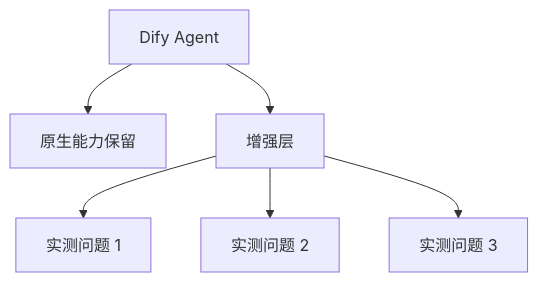
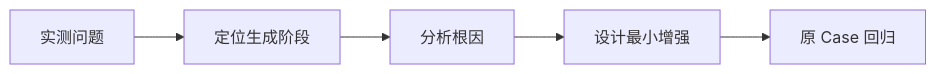
One commit to sgfd-ui/internship changed the tenth of 10 diagrams in weekly-report/dify-1.17-core-capabilities-research.md. Above: the diagram before and after it, drawn with Mermaid. The commit also changed other lines of this file, not shown here.

Commit message:
docs: focus Dify 1.17 research on AI Workflow generation

````diff
--- a/weekly-report/dify-1.17-core-capabilities-research.md
+++ b/weekly-report/dify-1.17-core-capabilities-research.md
@@ -697,8 +434,7 @@
 ```mermaid
-flowchart TB
-    A[Dify Agent] --> B[原生能力保留]
-    A --> C[增强层]
-    C --> D[实测问题 1]
-    C --> E[实测问题 2]
-    C --> F[实测问题 3]
+flowchart LR
+    A[实测问题] --> B[定位生成阶段]
+    B --> C[分析根因]
+    C --> D[设计最小增强]
+    D --> E[原 Case 回归]
 ```
````
